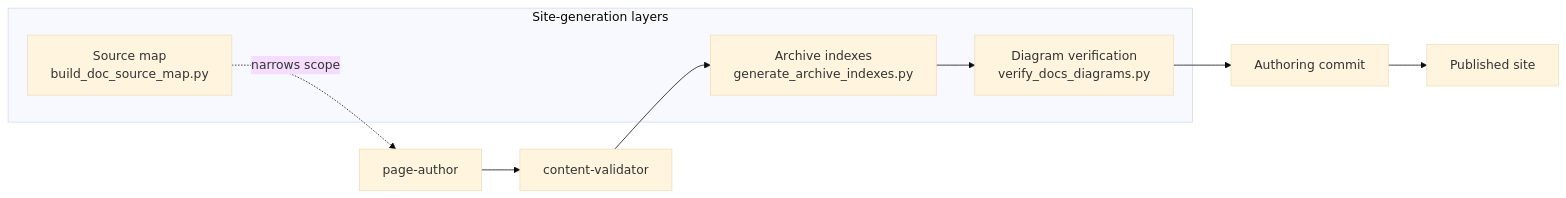
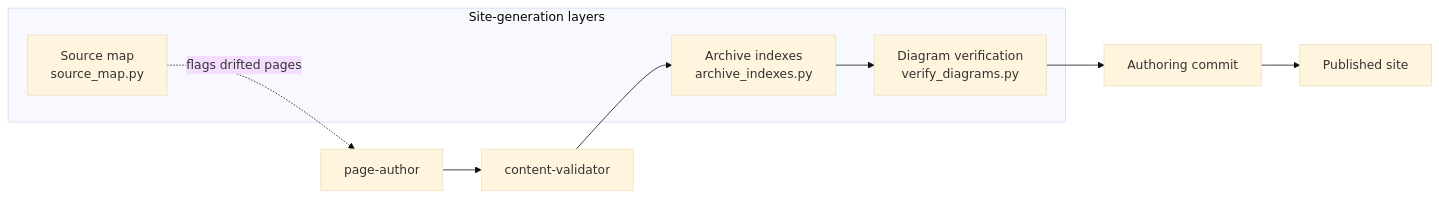
The diagram in docs/site-src/architecture/structured-docs-site-generation.md (theoju/engineering-docs-agent), drawn with Mermaid (base theme) before and after one commit. The commit also changed other lines of this file and 8 other files, not shown here.

````diff
--- a/docs/site-src/architecture/structured-docs-site-generation.md
+++ b/docs/site-src/architecture/structured-docs-site-generation.md
@@ -21,13 +22,13 @@
 ```mermaid
 flowchart LR
     subgraph layers[Site-generation layers]
-        SM[Source map<br/>build_doc_source_map.py]
-        AI[Archive indexes<br/>generate_archive_indexes.py]
-        DG[Diagram verification<br/>verify_docs_diagrams.py]
+        SM[Source map<br/>source_map.py]
+        AI[Archive indexes<br/>archive_indexes.py]
+        DG[Diagram verification<br/>verify_diagrams.py]
     end
-    SM -. narrows scope .-> PA[page-author]
+    SM -. flags drifted pages .-> PA[page-author]
     PA --> CV[content-validator]
     CV --> AI
     AI --> DG
     DG --> COMMIT[Authoring commit] --> SITE[Published site]
 ```
````
